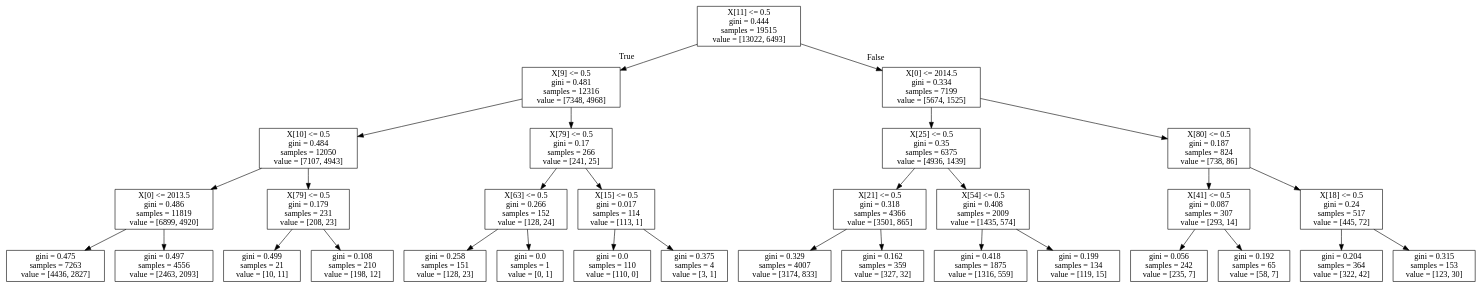
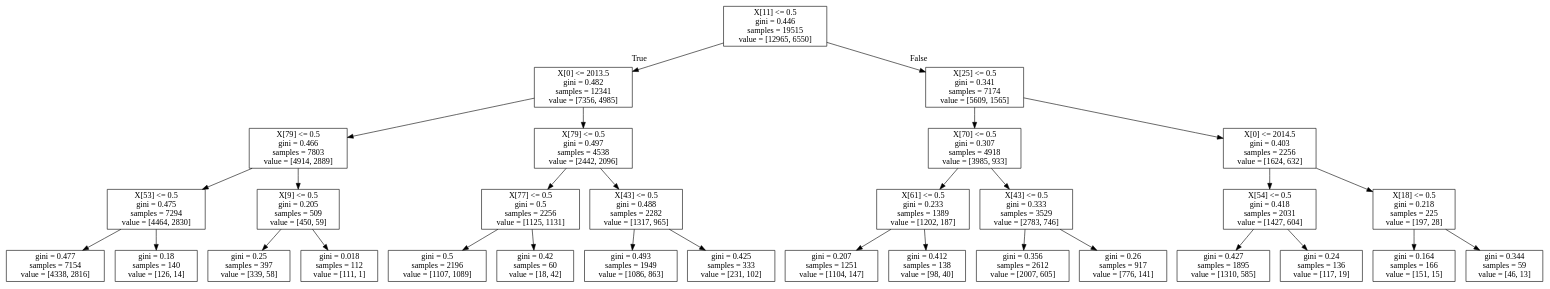
The diagram in blabla.dot (brunomeneghesso/Cdados_final), drawn with Graphviz before and after one commit. The commit also changed 2 other files, not shown here.

```diff
--- a/blabla.dot
+++ b/blabla.dot
@@ -1,64 +1,64 @@
 digraph Tree {
 node [shape=box] ;
-0 [label="X[11] <= 0.5\ngini = 0.444\nsamples = 19515\nvalue = [13022, 6493]"] ;
-1 [label="X[9] <= 0.5\ngini = 0.481\nsamples = 12316\nvalue = [7348, 4968]"] ;
+0 [label="X[11] <= 0.5\ngini = 0.446\nsamples = 19515\nvalue = [12965, 6550]"] ;
+1 [label="X[0] <= 2013.5\ngini = 0.482\nsamples = 12341\nvalue = [7356, 4985]"] ;
 0 -> 1 [labeldistance=2.5, labelangle=45, headlabel="True"] ;
-2 [label="X[10] <= 0.5\ngini = 0.484\nsamples = 12050\nvalue = [7107, 4943]"] ;
+2 [label="X[79] <= 0.5\ngini = 0.466\nsamples = 7803\nvalue = [4914, 2889]"] ;
 1 -> 2 ;
-3 [label="X[0] <= 2013.5\ngini = 0.486\nsamples = 11819\nvalue = [6899, 4920]"] ;
+3 [label="X[53] <= 0.5\ngini = 0.475\nsamples = 7294\nvalue = [4464, 2830]"] ;
 2 -> 3 ;
-4 [label="gini = 0.475\nsamples = 7263\nvalue = [4436, 2827]"] ;
+4 [label="gini = 0.477\nsamples = 7154\nvalue = [4338, 2816]"] ;
 3 -> 4 ;
-5 [label="gini = 0.497\nsamples = 4556\nvalue = [2463, 2093]"] ;
+5 [label="gini = 0.18\nsamples = 140\nvalue = [126, 14]"] ;
 3 -> 5 ;
-6 [label="X[79] <= 0.5\ngini = 0.179\nsamples = 231\nvalue = [208, 23]"] ;
+6 [label="X[9] <= 0.5\ngini = 0.205\nsamples = 509\nvalue = [450, 59]"] ;
 2 -> 6 ;
-7 [label="gini = 0.499\nsamples = 21\nvalue = [10, 11]"] ;
+7 [label="gini = 0.25\nsamples = 397\nvalue = [339, 58]"] ;
 6 -> 7 ;
-8 [label="gini = 0.108\nsamples = 210\nvalue = [198, 12]"] ;
+8 [label="gini = 0.018\nsamples = 112\nvalue = [111, 1]"] ;
 6 -> 8 ;
-9 [label="X[79] <= 0.5\ngini = 0.17\nsamples = 266\nvalue = [241, 25]"] ;
+9 [label="X[79] <= 0.5\ngini = 0.497\nsamples = 4538\nvalue = [2442, 2096]"] ;
 1 -> 9 ;
-10 [label="X[63] <= 0.5\ngini = 0.266\nsamples = 152\nvalue = [128, 24]"] ;
+10 [label="X[77] <= 0.5\ngini = 0.5\nsamples = 2256\nvalue = [1125, 1131]"] ;
 9 -> 10 ;
-11 [label="gini = 0.258\nsamples = 151\nvalue = [128, 23]"] ;
+11 [label="gini = 0.5\nsamples = 2196\nvalue = [1107, 1089]"] ;
 10 -> 11 ;
-12 [label="gini = 0.0\nsamples = 1\nvalue = [0, 1]"] ;
+12 [label="gini = 0.42\nsamples = 60\nvalue = [18, 42]"] ;
 10 -> 12 ;
-13 [label="X[15] <= 0.5\ngini = 0.017\nsamples = 114\nvalue = [113, 1]"] ;
+13 [label="X[43] <= 0.5\ngini = 0.488\nsamples = 2282\nvalue = [1317, 965]"] ;
 9 -> 13 ;
-14 [label="gini = 0.0\nsamples = 110\nvalue = [110, 0]"] ;
+14 [label="gini = 0.493\nsamples = 1949\nvalue = [1086, 863]"] ;
 13 -> 14 ;
-15 [label="gini = 0.375\nsamples = 4\nvalue = [3, 1]"] ;
+15 [label="gini = 0.425\nsamples = 333\nvalue = [231, 102]"] ;
 13 -> 15 ;
-16 [label="X[0] <= 2014.5\ngini = 0.334\nsamples = 7199\nvalue = [5674, 1525]"] ;
+16 [label="X[25] <= 0.5\ngini = 0.341\nsamples = 7174\nvalue = [5609, 1565]"] ;
 0 -> 16 [labeldistance=2.5, labelangle=-45, headlabel="False"] ;
-17 [label="X[25] <= 0.5\ngini = 0.35\nsamples = 6375\nvalue = [4936, 1439]"] ;
+17 [label="X[70] <= 0.5\ngini = 0.307\nsamples = 4918\nvalue = [3985, 933]"] ;
 16 -> 17 ;
-18 [label="X[21] <= 0.5\ngini = 0.318\nsamples = 4366\nvalue = [3501, 865]"] ;
+18 [label="X[61] <= 0.5\ngini = 0.233\nsamples = 1389\nvalue = [1202, 187]"] ;
 17 -> 18 ;
-19 [label="gini = 0.329\nsamples = 4007\nvalue = [3174, 833]"] ;
+19 [label="gini = 0.207\nsamples = 1251\nvalue = [1104, 147]"] ;
 18 -> 19 ;
-20 [label="gini = 0.162\nsamples = 359\nvalue = [327, 32]"] ;
+20 [label="gini = 0.412\nsamples = 138\nvalue = [98, 40]"] ;
 18 -> 20 ;
-21 [label="X[54] <= 0.5\ngini = 0.408\nsamples = 2009\nvalue = [1435, 574]"] ;
+21 [label="X[43] <= 0.5\ngini = 0.333\nsamples = 3529\nvalue = [2783, 746]"] ;
 17 -> 21 ;
-22 [label="gini = 0.418\nsamples = 1875\nvalue = [1316, 559]"] ;
+22 [label="gini = 0.356\nsamples = 2612\nvalue = [2007, 605]"] ;
 21 -> 22 ;
-23 [label="gini = 0.199\nsamples = 134\nvalue = [119, 15]"] ;
+23 [label="gini = 0.26\nsamples = 917\nvalue = [776, 141]"] ;
 21 -> 23 ;
-24 [label="X[80] <= 0.5\ngini = 0.187\nsamples = 824\nvalue = [738, 86]"] ;
+24 [label="X[0] <= 2014.5\ngini = 0.403\nsamples = 2256\nvalue = [1624, 632]"] ;
 16 -> 24 ;
-25 [label="X[41] <= 0.5\ngini = 0.087\nsamples = 307\nvalue = [293, 14]"] ;
+25 [label="X[54] <= 0.5\ngini = 0.418\nsamples = 2031\nvalue = [1427, 604]"] ;
 24 -> 25 ;
-26 [label="gini = 0.056\nsamples = 242\nvalue = [235, 7]"] ;
+26 [label="gini = 0.427\nsamples = 1895\nvalue = [1310, 585]"] ;
 25 -> 26 ;
-27 [label="gini = 0.192\nsamples = 65\nvalue = [58, 7]"] ;
+27 [label="gini = 0.24\nsamples = 136\nvalue = [117, 19]"] ;
 25 -> 27 ;
-28 [label="X[18] <= 0.5\ngini = 0.24\nsamples = 517\nvalue = [445, 72]"] ;
+28 [label="X[18] <= 0.5\ngini = 0.218\nsamples = 225\nvalue = [197, 28]"] ;
 24 -> 28 ;
-29 [label="gini = 0.204\nsamples = 364\nvalue = [322, 42]"] ;
+29 [label="gini = 0.164\nsamples = 166\nvalue = [151, 15]"] ;
 28 -> 29 ;
-30 [label="gini = 0.315\nsamples = 153\nvalue = [123, 30]"] ;
+30 [label="gini = 0.344\nsamples = 59\nvalue = [46, 13]"] ;
 28 -> 30 ;
 }
```
